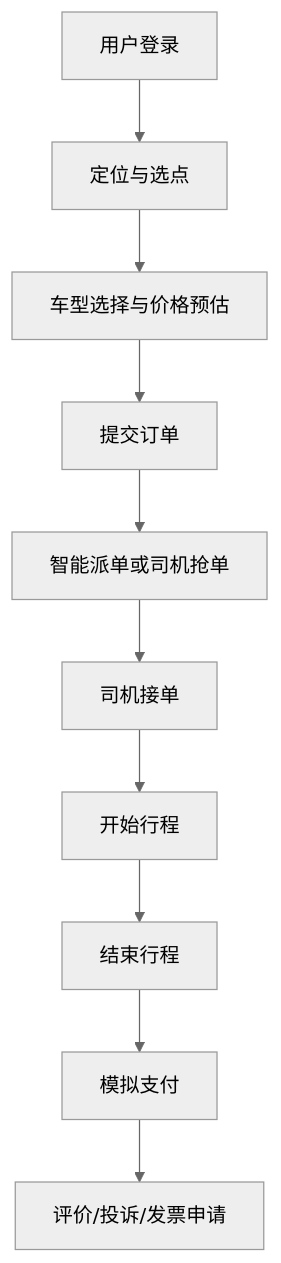
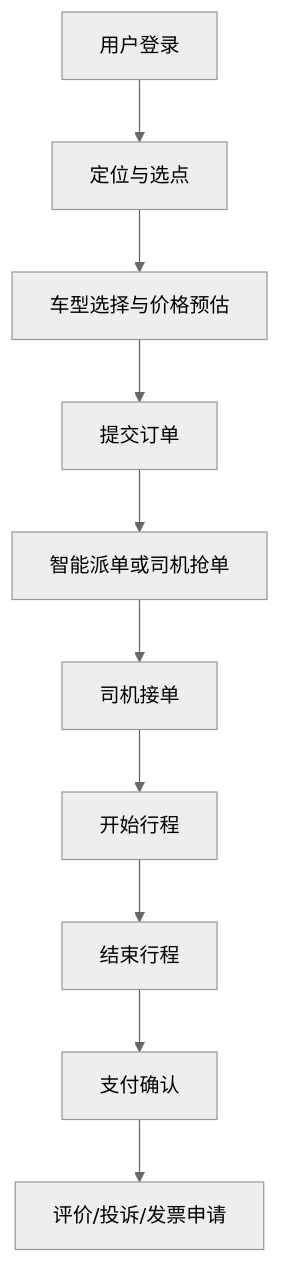
One commit to xuaunan/xiaochengxu changed the second of 5 diagrams in docs/architecture.md. Above: the diagram before and after it, drawn with Mermaid (neutral theme). The commit also changed other lines of this file and 224 other files, not shown here.

````diff
--- a/docs/architecture.md
+++ b/docs/architecture.md
@@ -24,12 +24,12 @@
 ```mermaid
 flowchart TD
   U[用户登录] --> L[定位与选点]
   L --> P[车型选择与价格预估]
   P --> C[提交订单]
   C --> D[智能派单或司机抢单]
   D --> A[司机接单]
   A --> S[开始行程]
   S --> F[结束行程]
-  F --> PAY[模拟支付]
+  F --> PAY[支付确认]
   PAY --> E[评价/投诉/发票申请]
 ```
````
